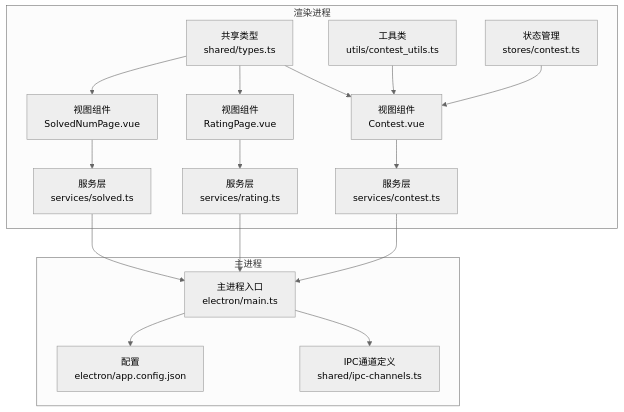
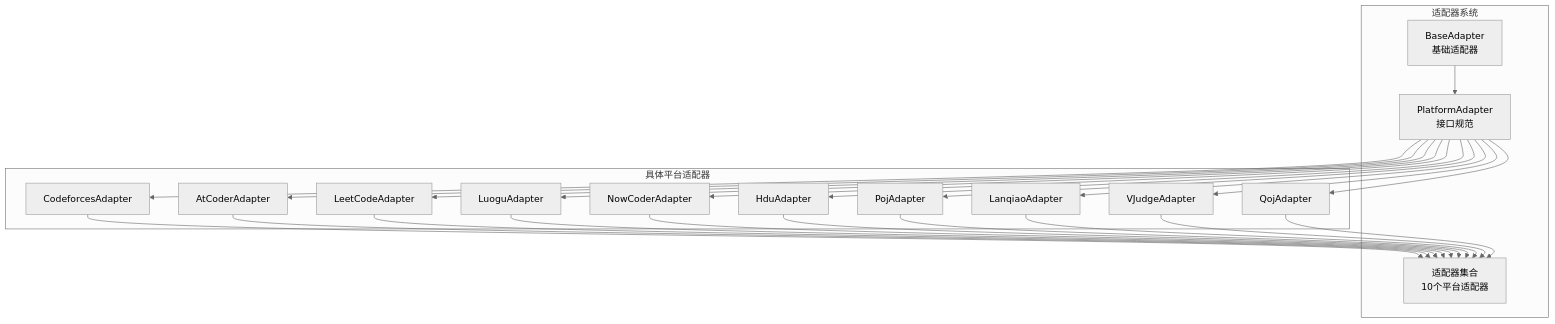
Before and after one commit to Siborne/OJFlow: the first of 3 diagrams in .qoder/repowiki/zh/content/外部平台集成.md, drawn with Mermaid (neutral theme). The commit also changed other lines of this file and 23 other files, not shown here.

````diff
--- a/.qoder/repowiki/zh/content/外部平台集成.md
+++ b/.qoder/repowiki/zh/content/外部平台集成.md
@@ -37,32 +70,41 @@
 ```mermaid
 graph TB
-subgraph "渲染进程"
-V1["视图组件<br/>Contest.vue"]
-V2["视图组件<br/>RatingPage.vue"]
-V3["视图组件<br/>SolvedNumPage.vue"]
-S1["服务层<br/>services/contest.ts"]
-S2["服务层<br/>services/rating.ts"]
-S3["服务层<br/>services/solved.ts"]
-T["共享类型<br/>shared/types.ts"]
-U["工具类<br/>utils/contest_utils.ts"]
-ST["状态管理<br/>stores/contest.ts"]
+subgraph "适配器系统"
+BA["BaseAdapter<br/>基础适配器"]
+TA["PlatformAdapter<br/>接口规范"]
+END["适配器集合<br/>10个平台适配器"]
 end
-subgraph "主进程"
-M["主进程入口<br/>electron/main.ts"]
-CFG["配置<br/>electron/app.config.json"]
-IPC["IPC通道定义<br/>shared/ipc-channels.ts"]
+subgraph "具体平台适配器"
+CF["CodeforcesAdapter"]
+AC["AtCoderAdapter"]
+LC["LeetCodeAdapter"]
+LG["LuoguAdapter"]
+NC["NowCoderAdapter"]
+HDU["HduAdapter"]
+POJ["PojAdapter"]
+LQ["LanqiaoAdapter"]
+VJ["VJudgeAdapter"]
+QOJ["QojAdapter"]
 end
-V1 --> S1
-V2 --> S2
-V3 --> S3
-S1 --> M
-S2 --> M
-S3 --> M
-M --> IPC
-M --> CFG
-T --> V1
-T --> V2
-T --> V3
-U --> V1
-ST --> V1
+BA --> TA
+TA --> CF
+TA --> AC
+TA --> LC
+TA --> LG
+TA --> NC
+TA --> HDU
+TA --> POJ
+TA --> LQ
+TA --> VJ
+TA --> QOJ
+CF --> END
+AC --> END
+LC --> END
+LG --> END
+NC --> END
+HDU --> END
+POJ --> END
+LQ --> END
+VJ --> END
+QOJ --> END
 ```
````
